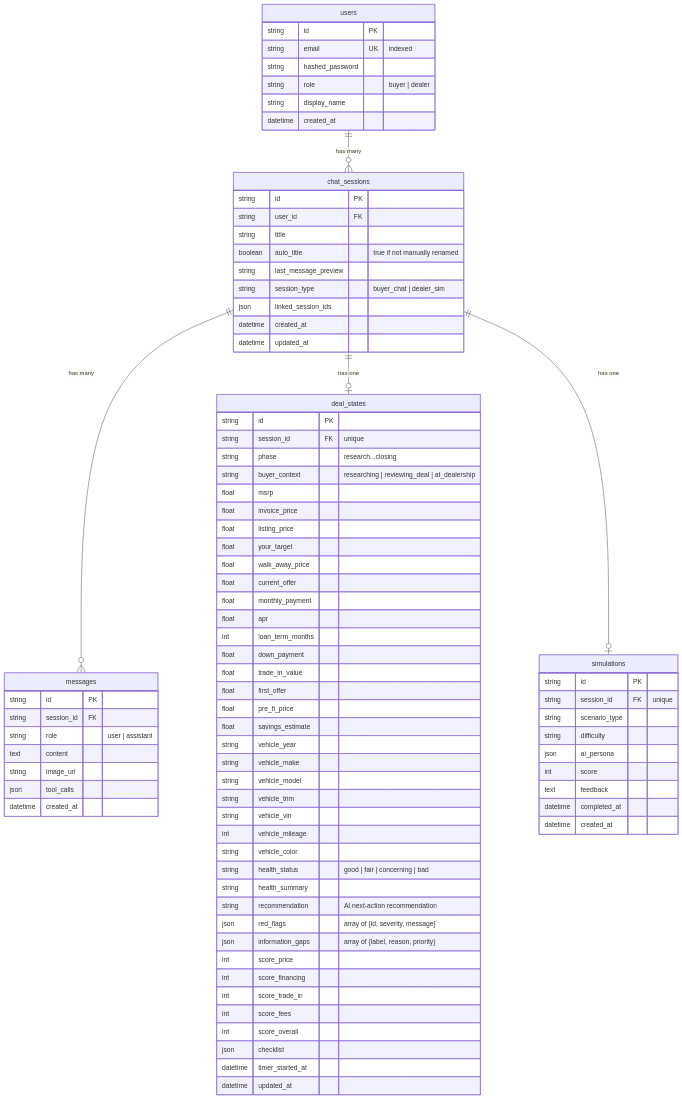
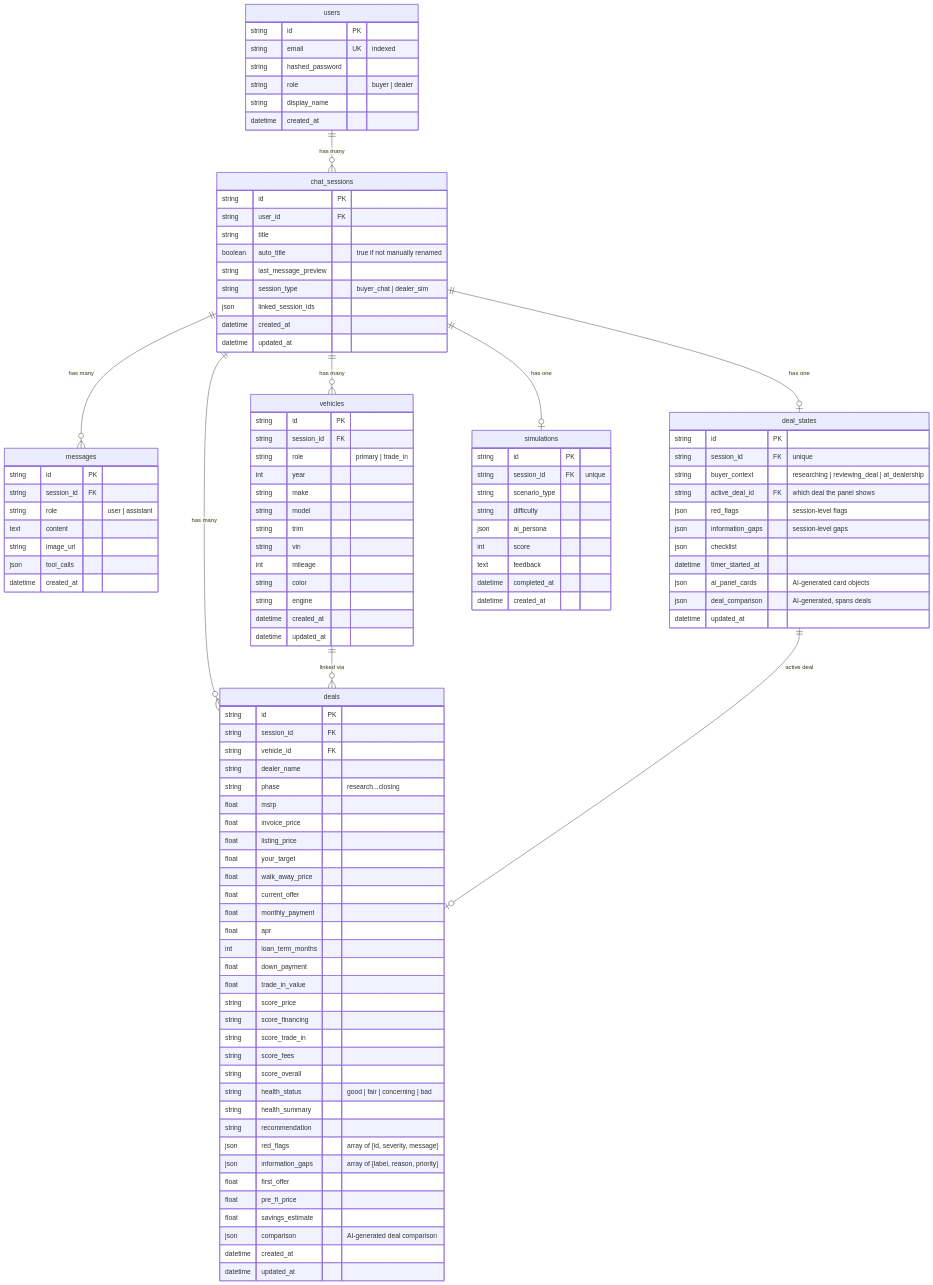
Before and after one commit to kramersmith/dealership-ai: the second of 2 diagrams in docs/TRD.md, drawn with Mermaid. The commit also changed other lines of this file and 70 other files, not shown here.

First line of the commit message:
feat(deals): multi-vehicle/deal data architecture with AI-driven insights panel

```diff
--- a/docs/TRD.md
+++ b/docs/TRD.md
@@ -300,7 +300,11 @@
     users ||--o{ chat_sessions : "has many"
     chat_sessions ||--o{ messages : "has many"
     chat_sessions ||--o| deal_states : "has one"
+    chat_sessions ||--o{ vehicles : "has many"
+    chat_sessions ||--o{ deals : "has many"
     chat_sessions ||--o| simulations : "has one"
+    vehicles ||--o{ deals : "linked via"
+    deal_states ||--o| deals : "active deal"
 
     users {
         string id PK
@@ -333,11 +337,28 @@
         datetime created_at
     }
 
-    deal_states {
+    vehicles {
         string id PK
-        string session_id FK "unique"
+        string session_id FK
+        string role "primary | trade_in"
+        int year
+        string make
+        string model
+        string trim
+        string vin
+        int mileage
+        string color
+        string engine
+        datetime created_at
+        datetime updated_at
+    }
+
+    deals {
+        string id PK
+        string session_id FK
+        string vehicle_id FK
+        string dealer_name
         string phase "research...closing"
-        string buyer_context "researching | reviewing_deal | at_dealership"
         float msrp
         float invoice_price
         float listing_price
@@ -349,28 +370,35 @@
         int loan_term_months
         float down_payment
         float trade_in_value
+        string score_price
+        string score_financing
+        string score_trade_in
+        string score_fees
+        string score_overall
+        string health_status "good | fair | concerning | bad"
+        string health_summary
+        string recommendation
+        json red_flags "array of {id, severity, message}"
+        json information_gaps "array of {label, reason, priority}"
         float first_offer
         float pre_fi_price
         float savings_estimate
-        string vehicle_year
-        string vehicle_make
-        string vehicle_model
-        string vehicle_trim
-        string vehicle_vin
-        int vehicle_mileage
-        string vehicle_color
-        string health_status "good | fair | concerning | bad"
-        string health_summary
-        string recommendation "AI next-action recommendation"
-        json red_flags "array of {id, severity, message}"
-        json information_gaps "array of {label, reason, priority}"
-        int score_price
-        int score_financing
-        int score_trade_in
-        int score_fees
-        int score_overall
+        json comparison "AI-generated deal comparison"
+        datetime created_at
+        datetime updated_at
+    }
+
+    deal_states {
+        string id PK
+        string session_id FK "unique"
+        string buyer_context "researching | reviewing_deal | at_dealership"
+        string active_deal_id FK "which deal the panel shows"
+        json red_flags "session-level flags"
+        json information_gaps "session-level gaps"
         json checklist
         datetime timer_started_at
+        json ai_panel_cards "AI-generated card objects"
+        json deal_comparison "AI-generated, spans deals"
         datetime updated_at
     }
 
```
